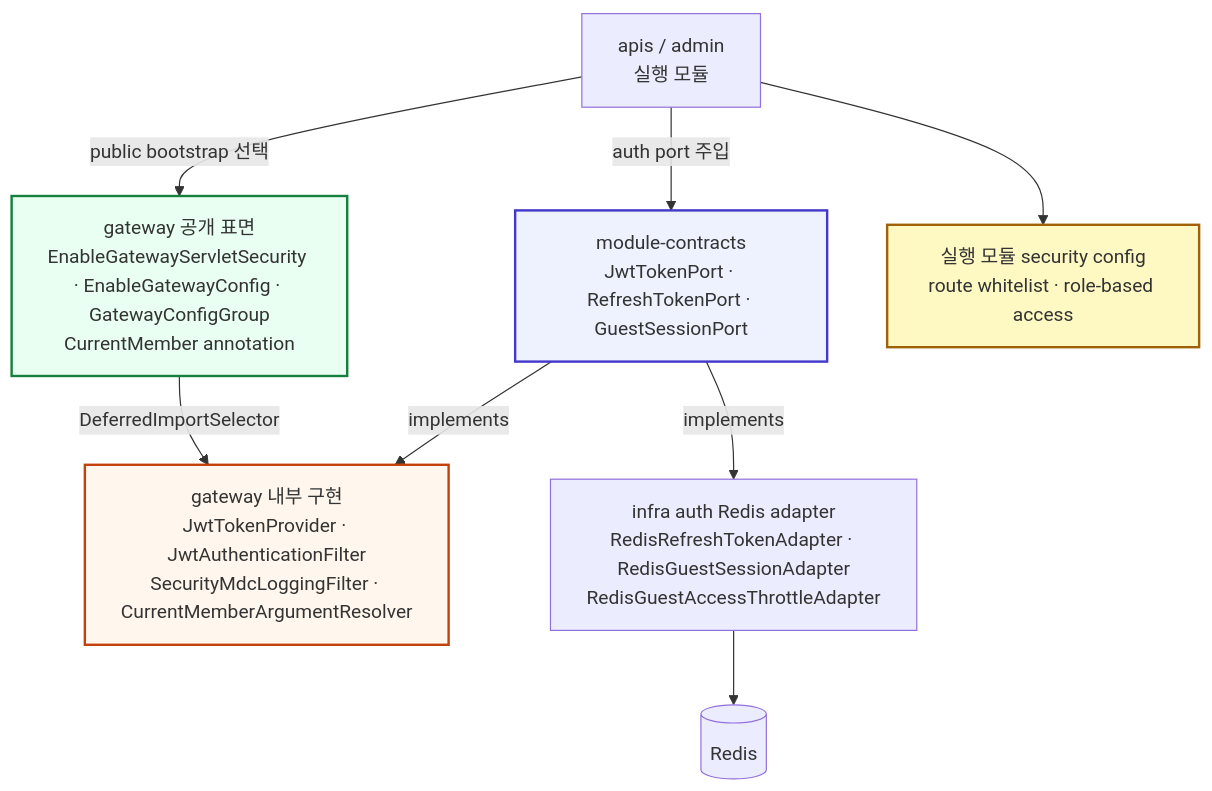
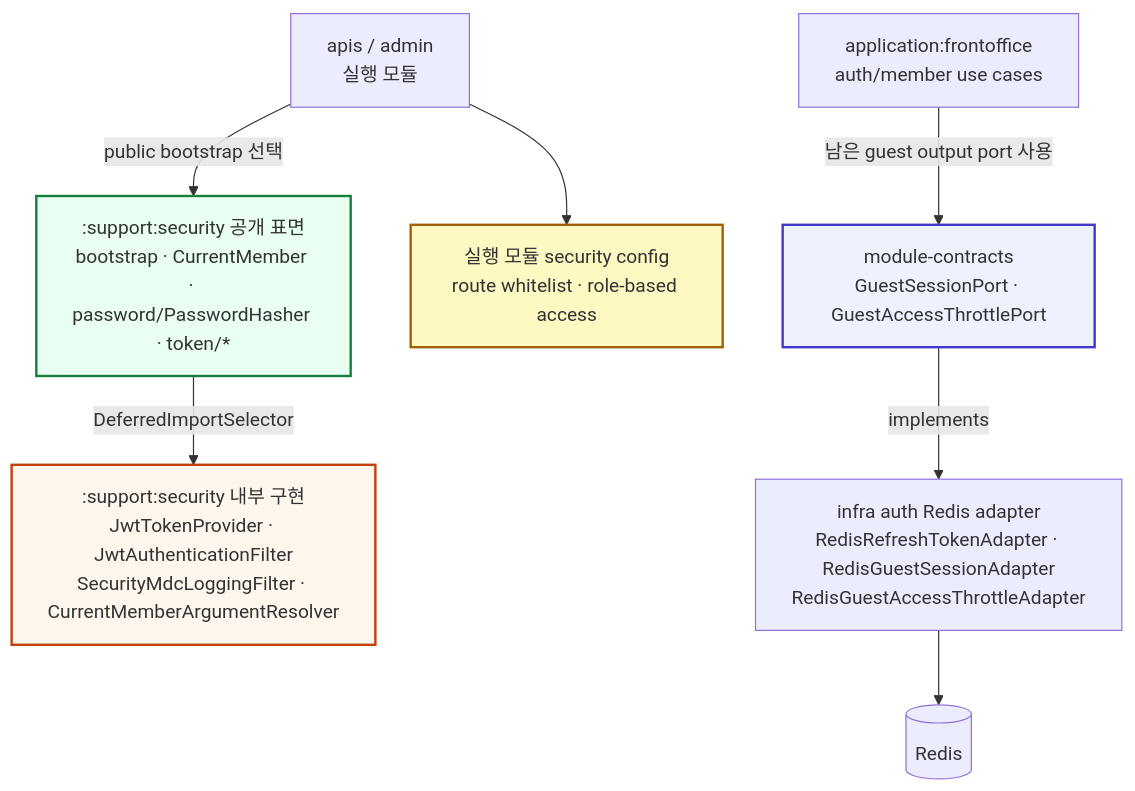
The first of 4 diagrams in gateway/README.md (TEAM-BEAT/BEAT-SERVER), drawn with Mermaid before and after one commit. The commit also changed other lines of this file and 4 other files, not shown here.

````diff
--- a/gateway/README.md
+++ b/gateway/README.md
@@ -80,23 +81,23 @@
 ```mermaid
 flowchart TB
     Apis[apis / admin<br/>실행 모듈]
-    GatewayPublic[gateway 공개 표면<br/>EnableGatewayServletSecurity · EnableGatewayConfig · GatewayConfigGroup<br/>CurrentMember annotation]
-    Contracts[module-contracts<br/>JwtTokenPort · RefreshTokenPort · GuestSessionPort]
-    GatewayInternal[gateway 내부 구현<br/>JwtTokenProvider · JwtAuthenticationFilter<br/>SecurityMdcLoggingFilter · CurrentMemberArgumentResolver]
+    Application[application:frontoffice<br/>auth/member use cases]
+    GatewayPublic[:support:security 공개 표면<br/>bootstrap · CurrentMember · password/PasswordHasher · token/*]
+    Contracts[module-contracts<br/>GuestSessionPort · GuestAccessThrottlePort]
+    GatewayInternal[:support:security 내부 구현<br/>JwtTokenProvider · JwtAuthenticationFilter<br/>SecurityMdcLoggingFilter · CurrentMemberArgumentResolver]
     InfraAuthRedis[infra auth Redis adapter<br/>RedisRefreshTokenAdapter · RedisGuestSessionAdapter<br/>RedisGuestAccessThrottleAdapter]
     Redis[(Redis)]
     ModuleSecurityConfig[실행 모듈 security config<br/>route whitelist · role-based access]
 
     Apis -->|public bootstrap 선택| GatewayPublic
-    Apis -->|auth port 주입| Contracts
+    Application -->|남은 guest output port 사용| Contracts
     Apis --> ModuleSecurityConfig
     GatewayPublic -->|DeferredImportSelector| GatewayInternal
-    Contracts -->|implements| GatewayInternal
     Contracts -->|implements| InfraAuthRedis
     InfraAuthRedis --> Redis
 
     style GatewayPublic fill:#e8fff1,stroke:#15803d,stroke-width:2px
     style Contracts fill:#eef2ff,stroke:#4338ca,stroke-width:2px
     style GatewayInternal fill:#fff7ed,stroke:#c2410c,stroke-width:2px
     style ModuleSecurityConfig fill:#fef9c3,stroke:#a16207,stroke-width:2px
 ```
````
